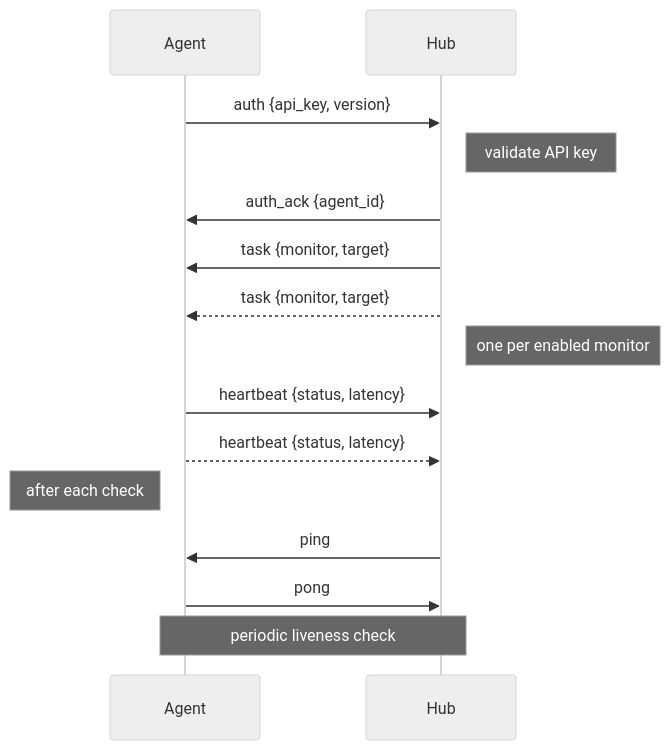
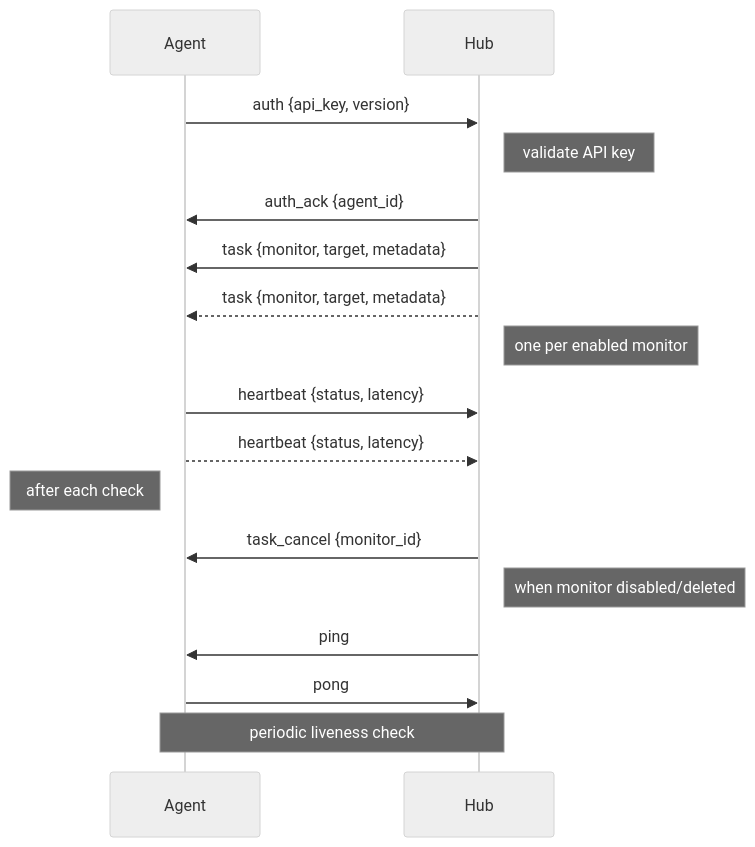
One commit to sylvester-francis/watchdog-proto changed the diagram in README.md. Above: the diagram before and after it, drawn with Mermaid (neutral theme). The commit also changed other lines of this file, not shown here.

````diff
--- a/README.md
+++ b/README.md
@@ -167,21 +182,24 @@
 ```mermaid
 sequenceDiagram
     participant Agent
     participant Hub
 
     Agent->>Hub: auth {api_key, version}
     Note right of Hub: validate API key
     Hub->>Agent: auth_ack {agent_id}
 
-    Hub->>Agent: task {monitor, target}
-    Hub-->>Agent: task {monitor, target}
+    Hub->>Agent: task {monitor, target, metadata}
+    Hub-->>Agent: task {monitor, target, metadata}
     Note right of Hub: one per enabled monitor
 
     Agent->>Hub: heartbeat {status, latency}
     Agent-->>Hub: heartbeat {status, latency}
     Note left of Agent: after each check
 
+    Hub->>Agent: task_cancel {monitor_id}
+    Note right of Hub: when monitor disabled/deleted
+
     Hub->>Agent: ping
     Agent->>Hub: pong
     Note over Agent,Hub: periodic liveness check
 ```
````
